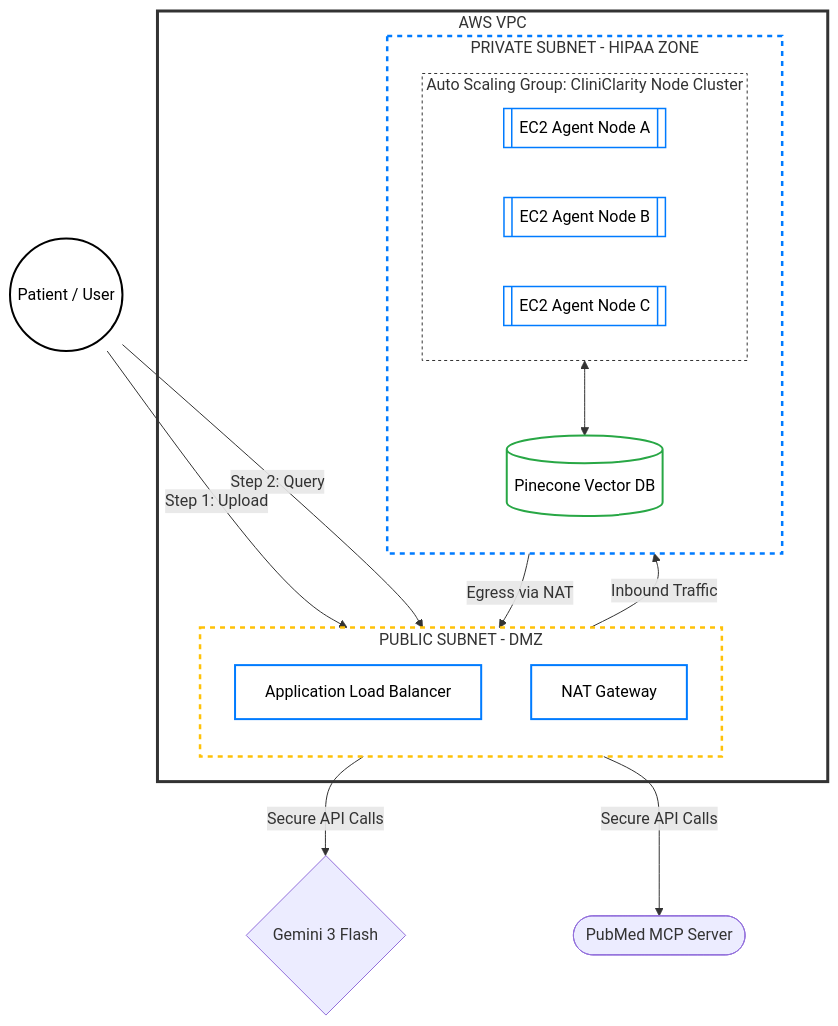
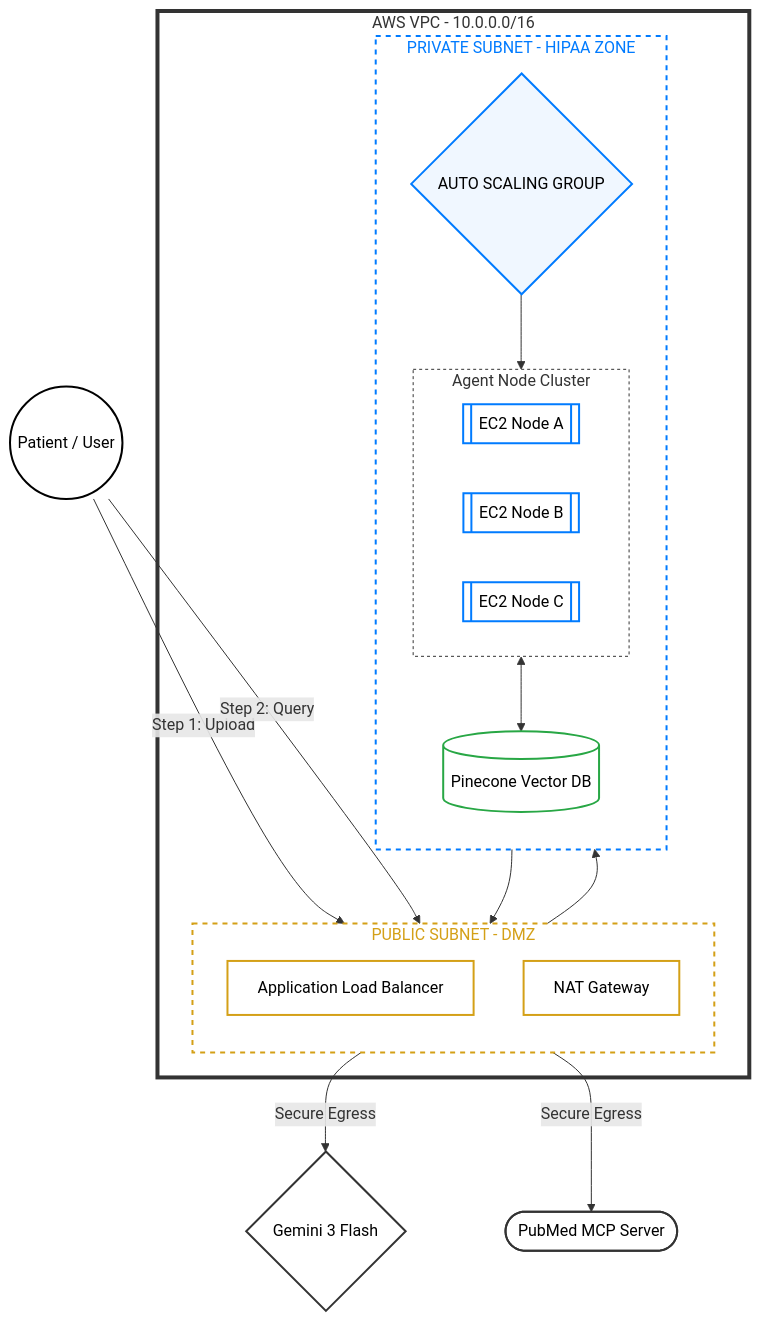
The second of 2 diagrams in docs/README.md (ramsundharVenkadesan/CliniClarity), drawn with Mermaid before and after one commit.

````diff
--- a/docs/README.md
+++ b/docs/README.md
@@ -139,53 +139,59 @@
 ```mermaid
 flowchart TD
     %% 1. USER ACCESS
     U((Patient / User)):::userNode -->|Step 1: Upload| ALB[Application Load Balancer]
     U -->|Step 2: Query| ALB
 
     %% 2. VPC CONTAINER
-    subgraph VPC [AWS VPC]
+    subgraph VPC [AWS VPC - 10.0.0.0/16]
         
         %% 3. PUBLIC TIER
         subgraph PublicSubnet [PUBLIC SUBNET - DMZ]
             direction TB
             ALB:::resource
             NAT[NAT Gateway]:::resource
         end
 
         %% 4. PRIVATE TIER
         subgraph PrivateSubnet [PRIVATE SUBNET - HIPAA ZONE]
             direction TB
             
-            subgraph ASG [Auto Scaling Group: CliniClarity Node Cluster]
+            %% ASG Icon as a distinct node
+            ASG{AUTO SCALING GROUP}:::asg
+            
+            subgraph COMPUTE [Agent Node Cluster]
                 direction LR
-                EC2_A[[EC2 Agent Node A]]:::instance
-                EC2_B[[EC2 Agent Node B]]:::instance
-                EC2_C[[EC2 Agent Node C]]:::instance
+                EC2_A[[EC2 Node A]]:::instance
+                EC2_B[[EC2 Node B]]:::instance
+                EC2_C[[EC2 Node C]]:::instance
             end
 
             VDB[(Pinecone Vector DB)]:::database
         end
     end
 
     %% 5. EXTERNAL SERVICES
-    NAT -->|Secure API Calls| GEMINI{Gemini 3 Flash}
-    NAT -->|Secure API Calls| PUB([PubMed MCP Server])
+    NAT -->|Secure Egress| GEMINI{Gemini 3 Flash}:::external
+    NAT -->|Secure Egress| PUB([PubMed MCP Server]):::external
 
-    %% Inter-Tier Connections
-    ALB -->|Inbound Traffic| ASG
-    ASG <--> VDB
-    ASG -->|Egress via NAT| NAT
+    %% Connectivity
+    ALB --> ASG
+    ASG --> COMPUTE
+    COMPUTE <--> VDB
+    COMPUTE --> NAT
 
-    %% Dark-Mode Optimized High-Contrast Styling
-    %% These classes guarantee black text on a white box with colored borders
-    classDef userNode fill:#ffffff,stroke:#000000,stroke-width:2px,color:#000000;
-    classDef resource fill:#ffffff,stroke:#007bff,stroke-width:2px,color:#000000;
-    classDef instance fill:#ffffff,stroke:#007bff,stroke-width:1.5px,color:#000000;
-    classDef database fill:#ffffff,stroke:#28a745,stroke-width:2px,color:#000000;
+    %% DARK MODE FIX: Hardcoded Hex Colors
+    %% Forces Black Text (#000000) on White Background (#FFFFFF)
+    classDef userNode fill:#FFFFFF,stroke:#000000,stroke-width:2px,color:#000000;
+    classDef resource fill:#FFFFFF,stroke:#D4A017,stroke-width:2px,color:#000000;
+    classDef instance fill:#FFFFFF,stroke:#007BFF,stroke-width:2px,color:#000000;
+    classDef database fill:#FFFFFF,stroke:#28A745,stroke-width:2px,color:#000000;
+    classDef asg fill:#F0F7FF,stroke:#007BFF,stroke-width:2px,color:#000000;
+    classDef external fill:#FFFFFF,stroke:#333333,stroke-width:2px,color:#000000;
 
-    %% Subnet & VPC Styles (No Fill, Bold Dashed Borders)
-    style VPC fill:none,stroke:#333333,stroke-width:3px;
-    style PublicSubnet fill:none,stroke:#ffc107,stroke-width:2.5px,stroke-dasharray: 5 5;
-    style PrivateSubnet fill:none,stroke:#007bff,stroke-width:2.5px,stroke-dasharray: 5 5;
-    style ASG fill:none,stroke:#333333,stroke-width:1px,stroke-dasharray: 3 3;
+    %% Subnet Styling
+    style VPC fill:none,stroke:#333333,stroke-width:4px,color:#333333
+    style PublicSubnet fill:none,stroke:#D4A017,stroke-width:2px,stroke-dasharray: 5 5,color:#D4A017
+    style PrivateSubnet fill:none,stroke:#007BFF,stroke-width:2px,stroke-dasharray: 5 5,color:#007BFF
+    style COMPUTE fill:none,stroke:#333333,stroke-width:1px,stroke-dasharray: 3 3
 ```
````
